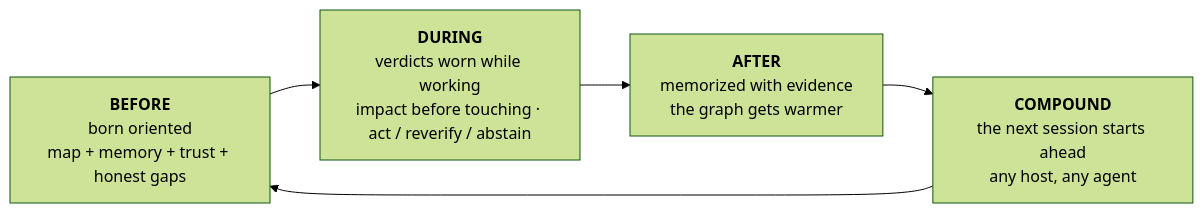
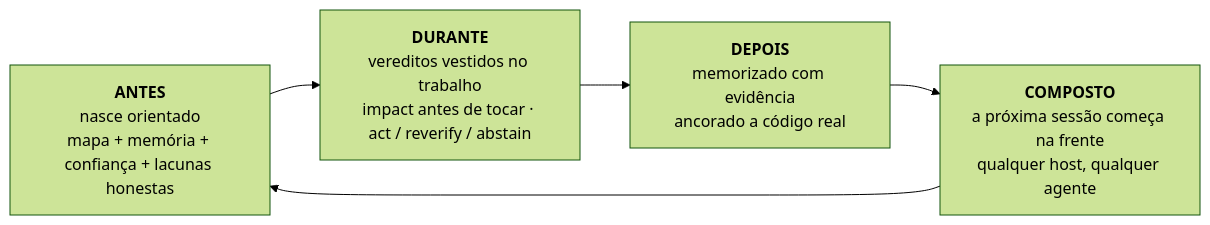
The diagram in i18n/README.pt-BR.md (maxkle1nz/m1nd), drawn with Mermaid (forest theme) before and after one commit. The commit also changed other lines of this file and 2 other files, not shown here.

````diff
--- a/i18n/README.pt-BR.md
+++ b/i18n/README.pt-BR.md
@@ -86,8 +105,8 @@
 ```mermaid
 flowchart LR
-    B["<b>BEFORE</b><br/>born oriented<br/>map + memory + trust + honest gaps"]
-    D["<b>DURING</b><br/>verdicts worn while working<br/>impact before touching · act / reverify / abstain"]
-    A["<b>AFTER</b><br/>memorized with evidence<br/>the graph gets warmer"]
-    C["<b>COMPOUND</b><br/>the next session starts ahead<br/>any host, any agent"]
+    B["<b>ANTES</b><br/>nasce orientado<br/>mapa + memória + confiança + lacunas honestas"]
+    D["<b>DURANTE</b><br/>vereditos vestidos no trabalho<br/>impact antes de tocar · act / reverify / abstain"]
+    A["<b>DEPOIS</b><br/>memorizado com evidência<br/>ancorado a código real"]
+    C["<b>COMPOSTO</b><br/>a próxima sessão começa na frente<br/>qualquer host, qualquer agente"]
     B --> D --> A --> C --> B
 ```
````
